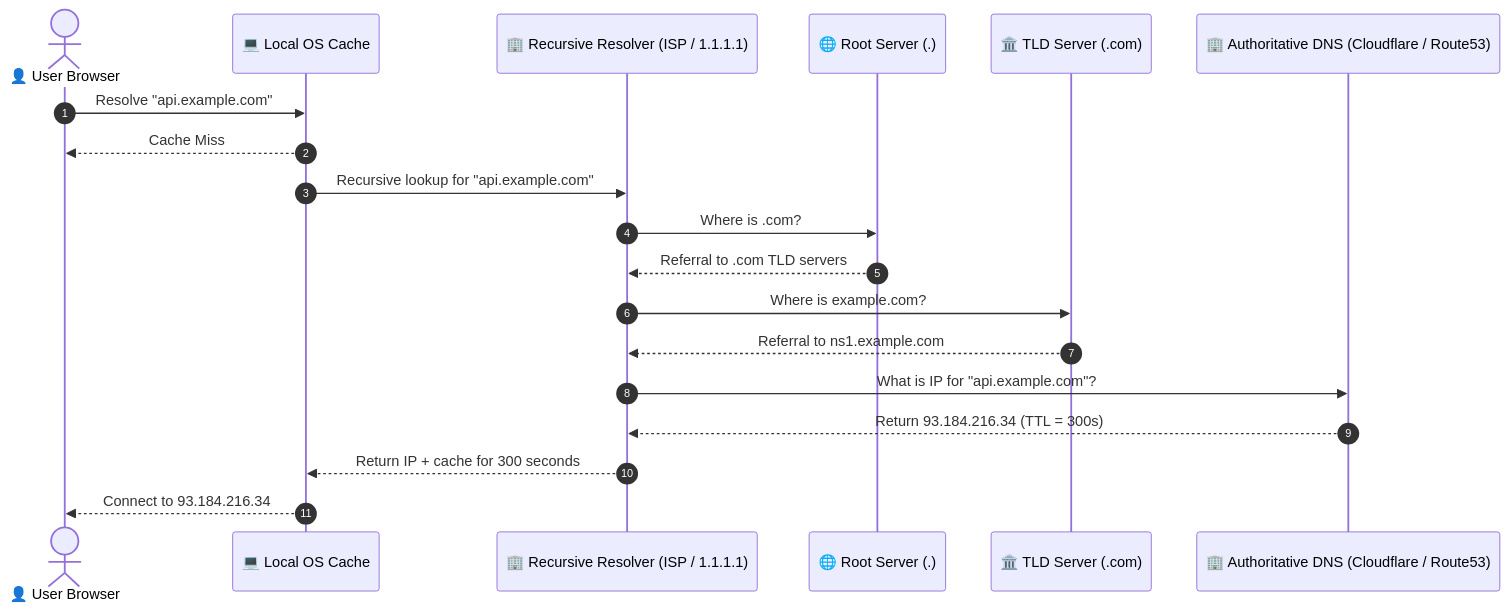
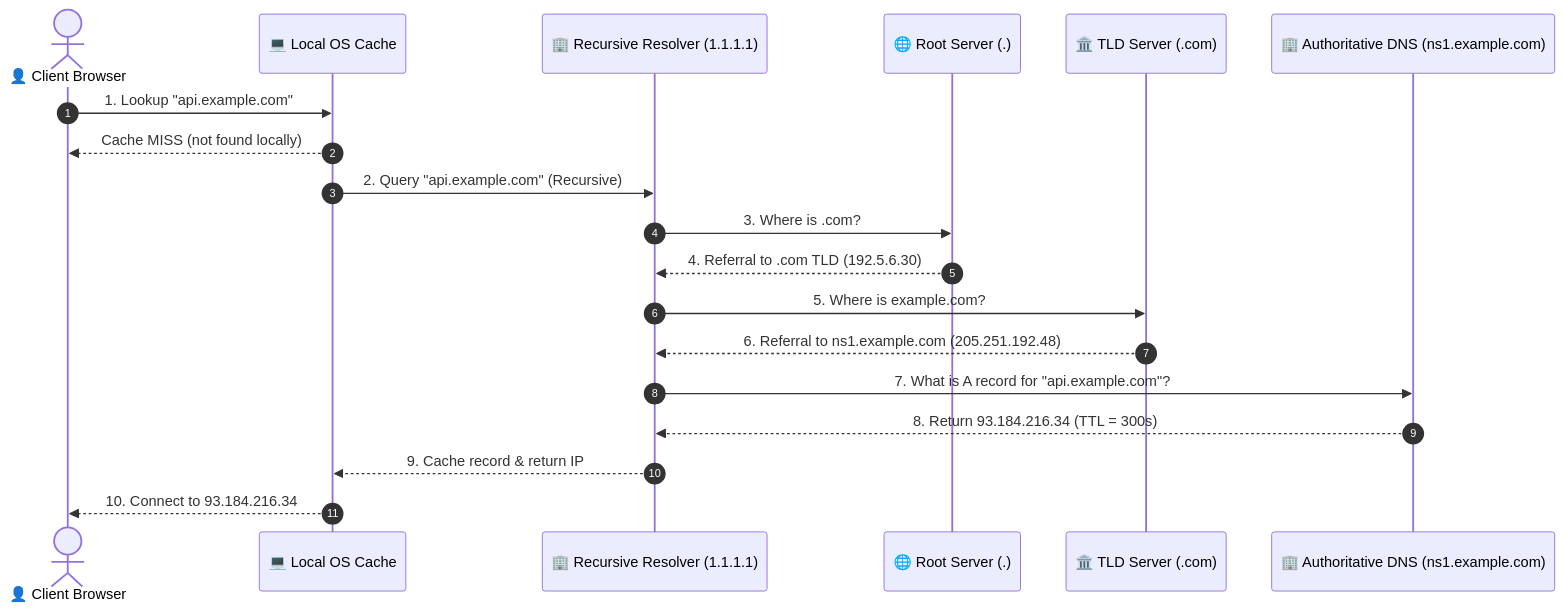
The first of 2 diagrams in 02-domain-name-system/README.md (Aniketchavan7/system-design-illustrated), drawn with Mermaid before and after one commit. The commit also changed other lines of this file and 25 other files, not shown here.

````diff
--- a/02-domain-name-system/README.md
+++ b/02-domain-name-system/README.md
@@ -18,22 +53,22 @@
 ```mermaid
 sequenceDiagram
     autonumber
-    actor User as 👤 User Browser
-    participant Local as 💻 Local OS Cache
-    participant Resolver as 🏢 Recursive Resolver (ISP / 1.1.1.1)
+    actor User as 👤 Client Browser
+    participant OS as 💻 Local OS Cache
+    participant Resolver as 🏢 Recursive Resolver (1.1.1.1)
     participant Root as 🌐 Root Server (.)
     participant TLD as 🏛️ TLD Server (.com)
-    participant Auth as 🏢 Authoritative DNS (Cloudflare / Route53)
+    participant Auth as 🏢 Authoritative DNS (ns1.example.com)
 
-    User->>Local: Resolve "api.example.com"
-    Local-->>User: Cache Miss
-    Local->>Resolver: Recursive lookup for "api.example.com"
-    Resolver->>Root: Where is .com?
-    Root-->>Resolver: Referral to .com TLD servers
-    Resolver->>TLD: Where is example.com?
-    TLD-->>Resolver: Referral to ns1.example.com
-    Resolver->>Auth: What is IP for "api.example.com"?
-    Auth-->>Resolver: Return 93.184.216.34 (TTL = 300s)
-    Resolver-->>Local: Return IP + cache for 300 seconds
-    Local-->>User: Connect to 93.184.216.34
+    User->>OS: 1. Lookup "api.example.com"
+    OS-->>User: Cache MISS (not found locally)
+    OS->>Resolver: 2. Query "api.example.com" (Recursive)
+    Resolver->>Root: 3. Where is .com?
+    Root-->>Resolver: 4. Referral to .com TLD (192.5.6.30)
+    Resolver->>TLD: 5. Where is example.com?
+    TLD-->>Resolver: 6. Referral to ns1.example.com (205.251.192.48)
+    Resolver->>Auth: 7. What is A record for "api.example.com"?
+    Auth-->>Resolver: 8. Return 93.184.216.34 (TTL = 300s)
+    Resolver-->>OS: 9. Cache record & return IP
+    OS-->>User: 10. Connect to 93.184.216.34
 ```
````
